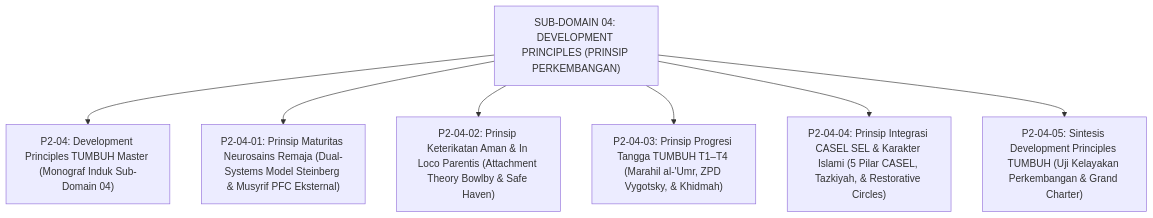
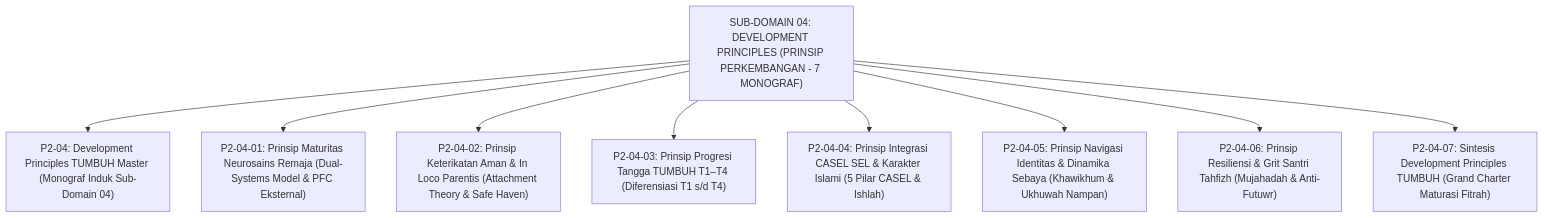
The diagram in 02 Principles/04 Development Principles/README.md (wandiapriliyandi/tumbuh), drawn with Mermaid before and after one commit. The commit also changed other lines of this file and 32 other files, not shown here.

Commit message:
feat(principles): expand organically Domain 02 Principles with non-uniform deep monographs (62 files total, max 10/sub-domain)

````diff
--- a/02 Principles/04 Development Principles/README.md
+++ b/02 Principles/04 Development Principles/README.md
@@ -14,11 +14,13 @@
 ```mermaid
 graph TD
-    Development["SUB-DOMAIN 04: DEVELOPMENT PRINCIPLES (PRINSIP PERKEMBANGAN)"]
+    Development["SUB-DOMAIN 04: DEVELOPMENT PRINCIPLES (PRINSIP PERKEMBANGAN - 7 MONOGRAF)"]
     
     Development --> Master["P2-04: Development Principles TUMBUH Master (Monograf Induk Sub-Domain 04)"]
-    Development --> M1["P2-04-01: Prinsip Maturitas Neurosains Remaja (Dual-Systems Model Steinberg & Musyrif PFC Eksternal)"]
-    Development --> M2["P2-04-02: Prinsip Keterikatan Aman & In Loco Parentis (Attachment Theory Bowlby & Safe Haven)"]
-    Development --> M3["P2-04-03: Prinsip Progresi Tangga TUMBUH T1–T4 (Marahil al-'Umr, ZPD Vygotsky, & Khidmah)"]
-    Development --> M4["P2-04-04: Prinsip Integrasi CASEL SEL & Karakter Islami (5 Pilar CASEL, Tazkiyah, & Restorative Circles)"]
-    Development --> M5["P2-04-05: Sintesis Development Principles TUMBUH (Uji Kelayakan Perkembangan & Grand Charter)"]
+    Development --> M1["P2-04-01: Prinsip Maturitas Neurosains Remaja (Dual-Systems Model & PFC Eksternal)"]
+    Development --> M2["P2-04-02: Prinsip Keterikatan Aman & In Loco Parentis (Attachment Theory & Safe Haven)"]
+    Development --> M3["P2-04-03: Prinsip Progresi Tangga TUMBUH T1–T4 (Diferensiasi T1 s/d T4)"]
+    Development --> M4["P2-04-04: Prinsip Integrasi CASEL SEL & Karakter Islami (5 Pilar CASEL & Ishlah)"]
+    Development --> M5["P2-04-05: Prinsip Navigasi Identitas & Dinamika Sebaya (Khawikhum & Ukhuwah Nampan)"]
+    Development --> M6["P2-04-06: Prinsip Resiliensi & Grit Santri Tahfizh (Mujahadah & Anti-Futuwr)"]
+    Development --> M7["P2-04-07: Sintesis Development Principles TUMBUH (Grand Charter Maturasi Fitrah)"]
 ```
````
